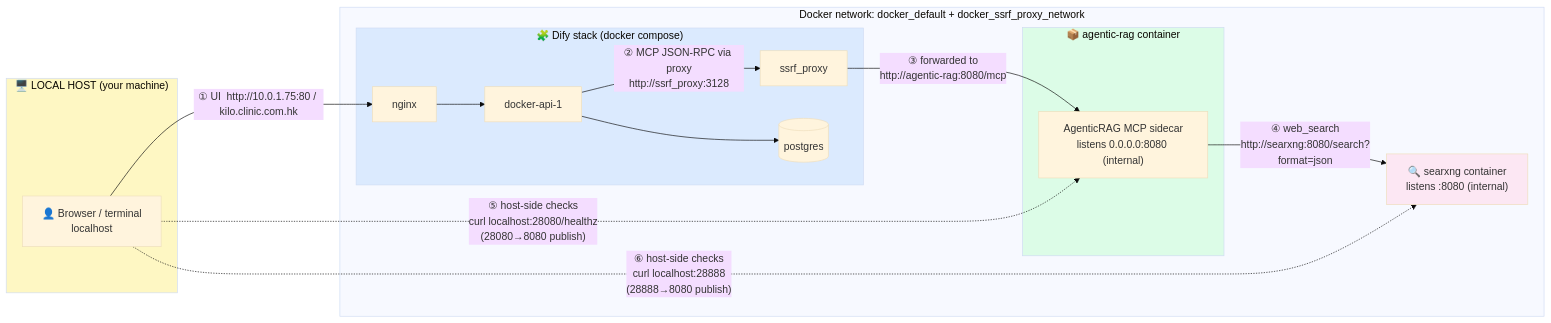
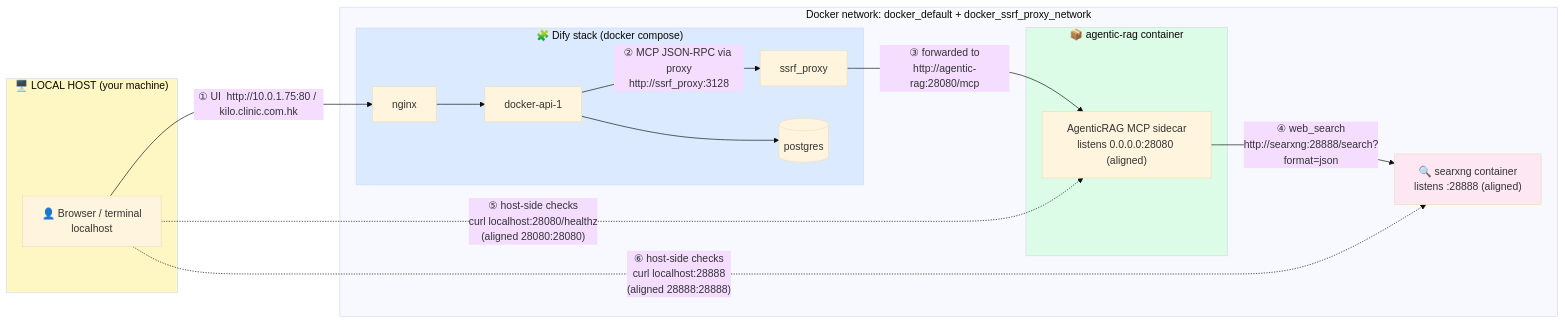
Before and after one commit to rlaisw/AgenticRAG: the diagram in docs/NETWORK.md, drawn with Mermaid (base theme). The commit also changed other lines of this file and 14 other files, not shown here.

First line of the commit message:
Align container ports to host ports: 28080:28080, 28888:28888 (spec 004)

````diff
--- a/docs/NETWORK.md
+++ b/docs/NETWORK.md
@@ -7,36 +7,36 @@
 ```mermaid
 flowchart LR
     subgraph HOST["🖥️ LOCAL HOST (your machine)"]
         BROWSER["👤 Browser / terminal<br/>localhost"]
     end
 
     subgraph DIFYNET["Docker network: docker_default + docker_ssrf_proxy_network"]
         subgraph DIFY["🧩 Dify stack (docker compose)"]
             NGINX["nginx"]
             API["docker-api-1"]
             SSRF["ssrf_proxy"]
             PG[("postgres")]
         end
 
         subgraph RAG["📦 agentic-rag container"]
-            SIDECAR["AgenticRAG MCP sidecar<br/>listens 0.0.0.0:8080 (internal)"]
+            SIDECAR["AgenticRAG MCP sidecar<br/>listens 0.0.0.0:28080 (aligned)"]
         end
 
-        SEARXNG["🔍 searxng container<br/>listens :8080 (internal)"]
+        SEARXNG["🔍 searxng container<br/>listens :28888 (aligned)"]
     end
 
     BROWSER -- "① UI  http://10.0.1.75:80 / kilo.clinic.com.hk" --> NGINX
     NGINX --> API
     API --> PG
     API -- "② MCP JSON-RPC via proxy<br/>http://ssrf_proxy:3128" --> SSRF
-    SSRF -- "③ forwarded to<br/>http://agentic-rag:8080/mcp" --> SIDECAR
-    SIDECAR -- "④ web_search<br/>http://searxng:8080/search?format=json" --> SEARXNG
+    SSRF -- "③ forwarded to<br/>http://agentic-rag:28080/mcp" --> SIDECAR
+    SIDECAR -- "④ web_search<br/>http://searxng:28888/search?format=json" --> SEARXNG
 
-    BROWSER -. "⑤ host-side checks<br/>curl localhost:28080/healthz<br/>(28080→8080 publish)" .-> SIDECAR
-    BROWSER -. "⑥ host-side checks<br/>curl localhost:28888<br/>(28888→8080 publish)" .-> SEARXNG
+    BROWSER -. "⑤ host-side checks<br/>curl localhost:28080/healthz<br/>(aligned 28080:28080)" .-> SIDECAR
+    BROWSER -. "⑥ host-side checks<br/>curl localhost:28888<br/>(aligned 28888:28888)" .-> SEARXNG
 
     style HOST fill:#fef7c3
     style DIFY fill:#dbeafe
     style RAG fill:#dcfce7
     style SEARXNG fill:#fce7f3
 ```
````
